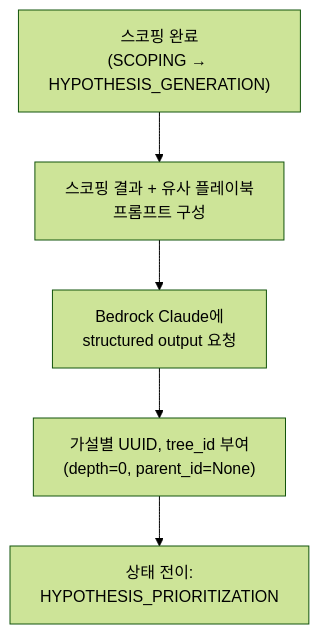
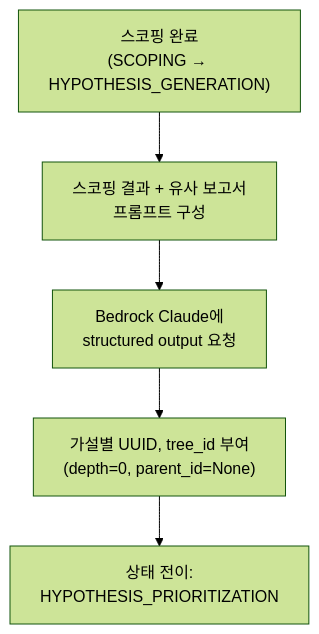
Before and after one commit to haandol/rca-agent: the diagram in docs/adr/agent/0002-hypothesis-generation.md, drawn with Mermaid (forest theme). The commit also changed other lines of this file and 1 other file, not shown here.

First line of the commit message:
docs(adr): 0002/0008에 보고서 기반 유사도 검색 전환 반영

````diff
--- a/docs/adr/agent/0002-hypothesis-generation.md
+++ b/docs/adr/agent/0002-hypothesis-generation.md
@@ -30,7 +33,7 @@
 ```mermaid
 flowchart TD
-    Start["스코핑 완료\n(SCOPING → HYPOTHESIS_GENERATION)"] --> Prepare["스코핑 결과 + 유사 플레이북\n프롬프트 구성"]
+    Start["스코핑 완료\n(SCOPING → HYPOTHESIS_GENERATION)"] --> Prepare["스코핑 결과 + 유사 보고서\n프롬프트 구성"]
     Prepare --> LLM["Bedrock Claude에\nstructured output 요청"]
     LLM --> Assign["가설별 UUID, tree_id 부여\n(depth=0, parent_id=None)"]
     Assign --> Next["상태 전이:\nHYPOTHESIS_PRIORITIZATION"]
 ```
````
